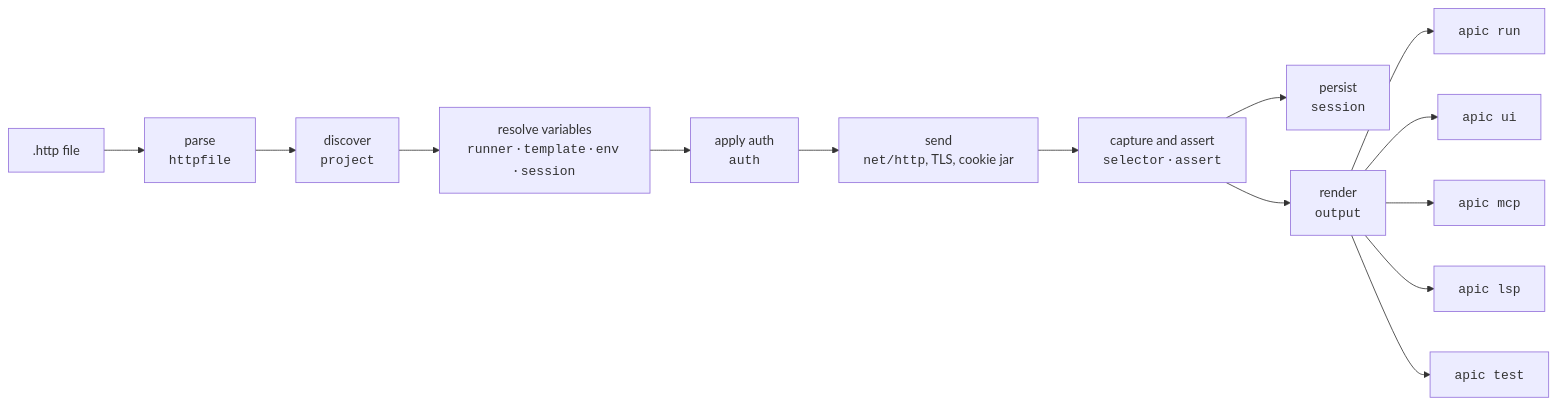
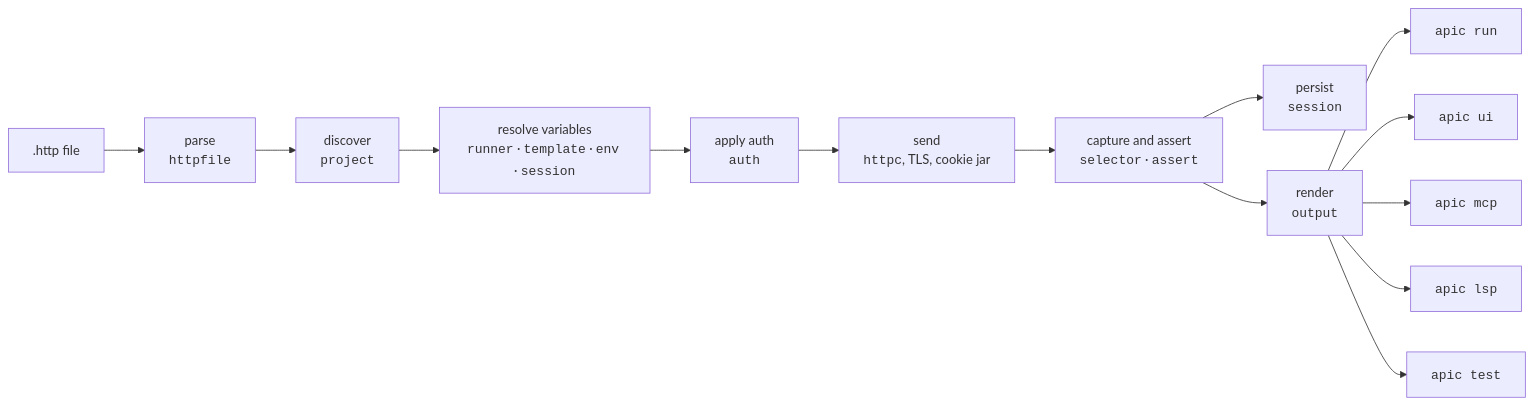
One commit to hungovercoders/apic-rust changed the diagram in docs/architecture.md. Above: the diagram before and after it, drawn with Mermaid. The commit also changed other lines of this file and 122 other files, not shown here.

````diff
--- a/docs/architecture.md
+++ b/docs/architecture.md
@@ -10,16 +10,16 @@
 ```mermaid
 flowchart LR
     F[".http file"] --> P["parse<br/><code>httpfile</code>"]
     P --> D["discover<br/><code>project</code>"]
     D --> R["resolve variables<br/><code>runner</code> · <code>template</code> · <code>env</code> · <code>session</code>"]
     R --> A["apply auth<br/><code>auth</code>"]
-    A --> S["send<br/><code>net/http</code>, TLS, cookie jar"]
+    A --> S["send<br/><code>httpc</code>, TLS, cookie jar"]
     S --> C["capture and assert<br/><code>selector</code> · <code>assert</code>"]
     C --> W["persist<br/><code>session</code>"]
     C --> O["render<br/><code>output</code>"]
     O --> CLI["<code>apic run</code>"]
     O --> UI["<code>apic ui</code>"]
     O --> MCP["<code>apic mcp</code>"]
     O --> LSP["<code>apic lsp</code>"]
     O --> BDD["<code>apic test</code>"]
 ```
````
